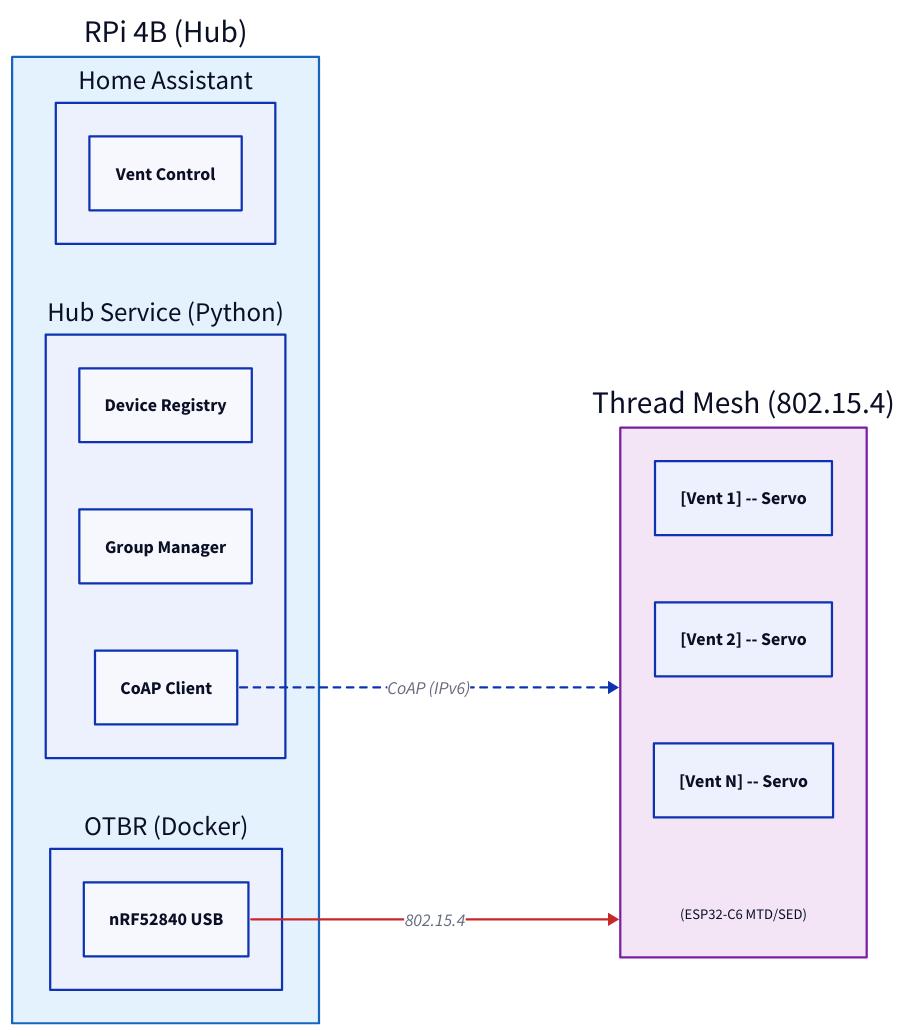
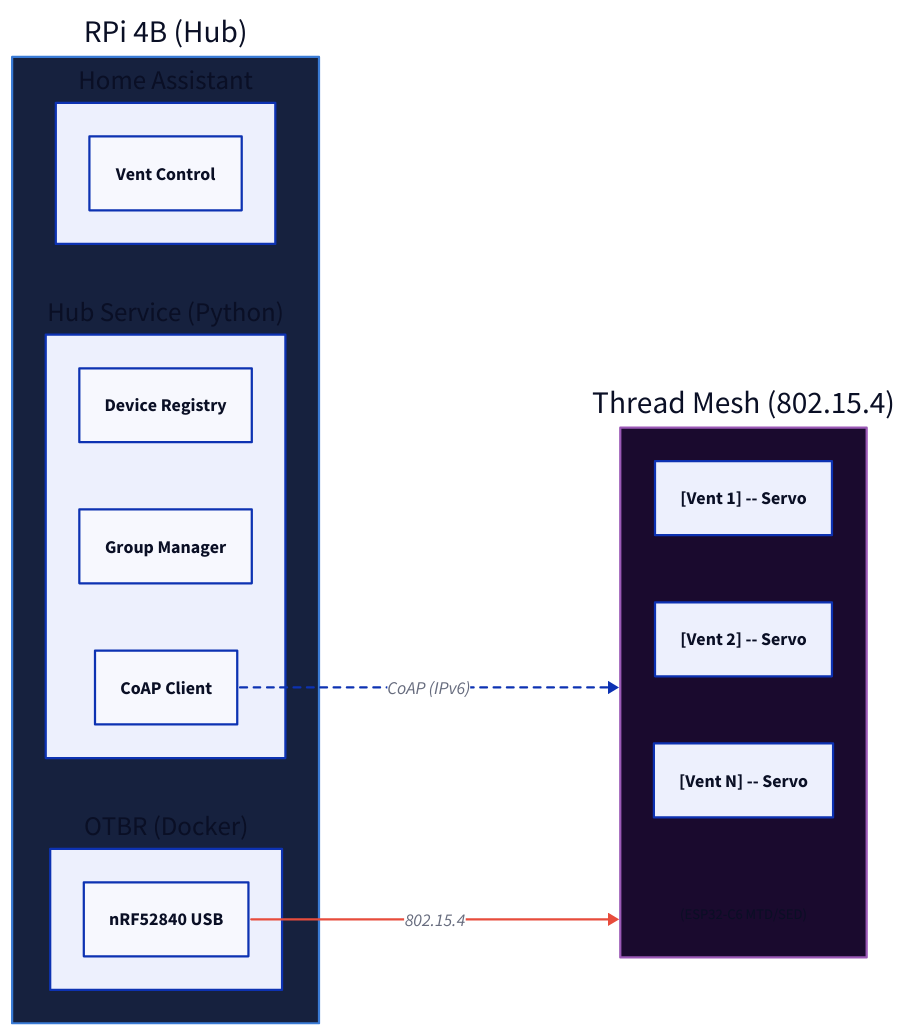
Before and after one commit to EtaCassiopeia/smart-vent: the diagram in docs/diagrams/architecture-simple.d2, drawn with D2. The commit also changed 17 other files, not shown here.

First line of the commit message:
Switch D2 diagrams to dark color palette

```diff
--- a/docs/diagrams/architecture-simple.d2
+++ b/docs/diagrams/architecture-simple.d2
@@ -1,38 +1,38 @@
 direction: right
 
 hub: RPi 4B (Hub) {
-  style.fill: "#e3f2fd"
-  style.stroke: "#1565c0"
+  style.fill: "#16213e"
+  style.stroke: "#3a7bd5"
 
   ha: Home Assistant {
     vc: Vent Control
   }
   otbr: OTBR (Docker) {
     nrf: nRF52840 USB
   }
   service: Hub Service (Python) {
     registry: Device Registry
     gm: Group Manager
     coap: CoAP Client
   }
 }
 
 mesh: Thread Mesh (802.15.4) {
-  style.fill: "#f3e5f5"
-  style.stroke: "#7b1fa2"
+  style.fill: "#1a0a2e"
+  style.stroke: "#9b59b6"
 
   v1: "[Vent 1] -- Servo"
   v2: "[Vent 2] -- Servo"
   vn: "[Vent N] -- Servo"
   role: "(ESP32-C6 MTD/SED)" {
     shape: text
     style.font-size: 13
   }
 }
 
 hub.service.coap -> mesh: "CoAP (IPv6)" {
   style.stroke-dash: 3
 }
 hub.otbr.nrf -> mesh: 802.15.4 {
-  style.stroke: "#c62828"
+  style.stroke: "#e74c3c"
 }
```
